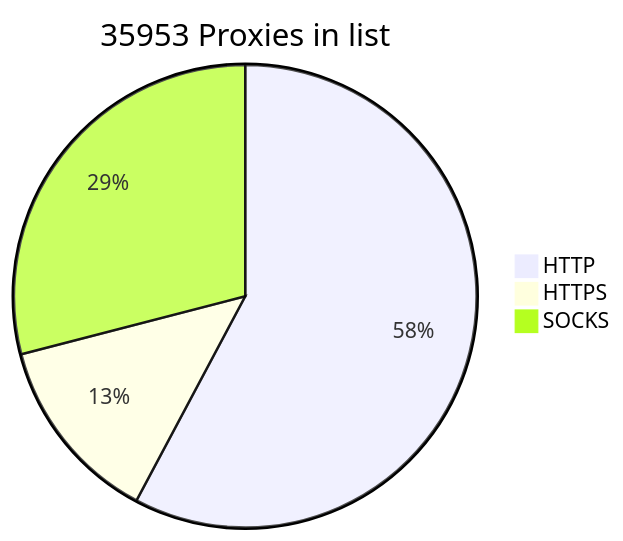
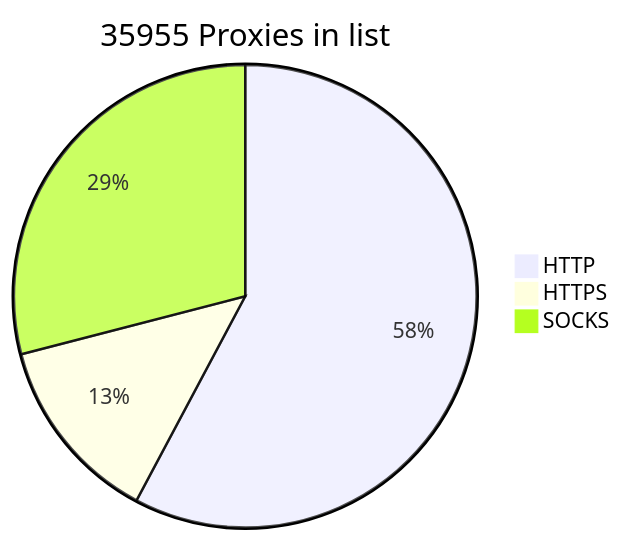
Before and after one commit to BlackSnowDot/proxylist-update-every-minute: the diagram in README.md, drawn with Mermaid.

````diff
--- a/README.md
+++ b/README.md
@@ -2,6 +2,6 @@
 ```mermaid
-pie title 35953 Proxies in list
-    "HTTP" : 23080
-    "HTTPS": 5263
+pie title 35955 Proxies in list
+    "HTTP" : 23083
+    "HTTPS": 5265
     "SOCKS" : 11597
 ```
````
